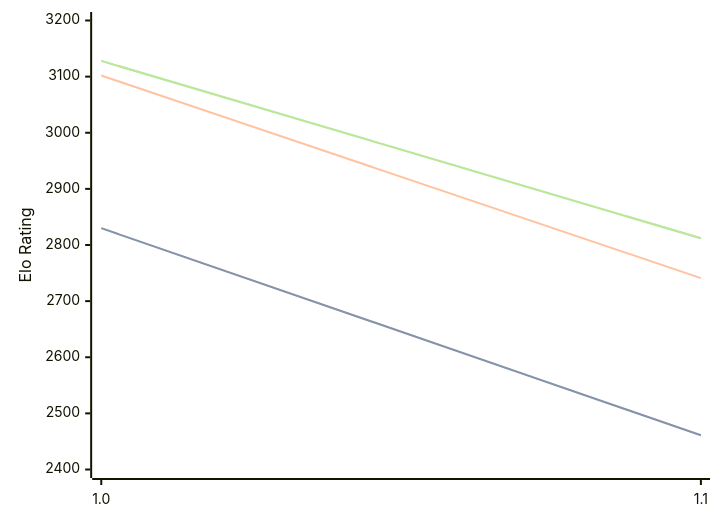
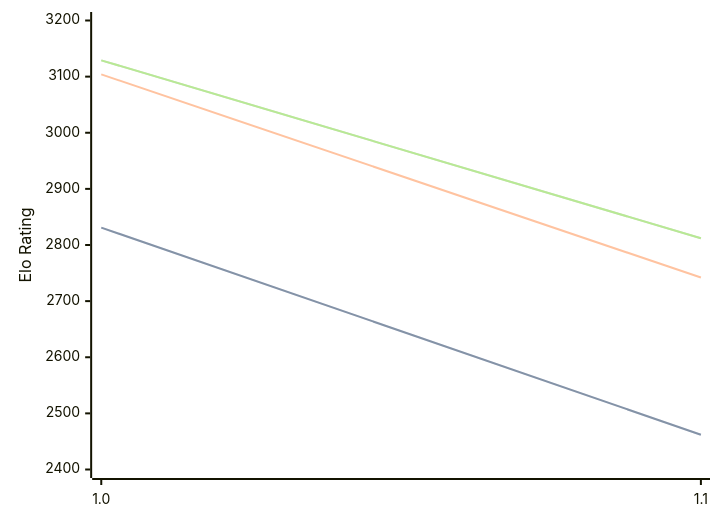
The diagram in engines/Publius.md (computer-chess-index/cci), drawn with Mermaid before and after one commit. The commit also changed other lines of this file, not shown here.

Commit message:
Update CCI Ratings (ELO VLTC) - 2026-08-21

````diff
--- a/engines/Publius.md
+++ b/engines/Publius.md
@@ -32,11 +32,11 @@
 ```mermaid
 %%{init: {"theme":"base","themeVariables":{"seriesColors:['#a3a3a3','#222221','#faa371']}}}%%
 xychart-beta
   x-axis ["1.0", "1.1"]
   y-axis "Elo Rating" 2400 --> 3200
-  line "STC (8.0+0.08s)" [2830, 2461]
-  line "STC (8.0+0.08s)" [2830, 2461]
-  line "LTC (60.0+0.60s)" [3102, 2741]
-  line "VLTC (2m24s+1.12s)" [3128, 2812]
-  line "VLTC (2m24s+1.12s)" [3128, 2812]
+  line "STC (8.0+0.08s)" [2831, 2462]
+  line "STC (8.0+0.08s)" [2831, 2462]
+  line "LTC (60.0+0.60s)" [3104, 2742]
+  line "VLTC (2m24s+1.12s)" [3129, 2812]
+  line "VLTC (2m24s+1.12s)" [3129, 2812]
 ```
````
